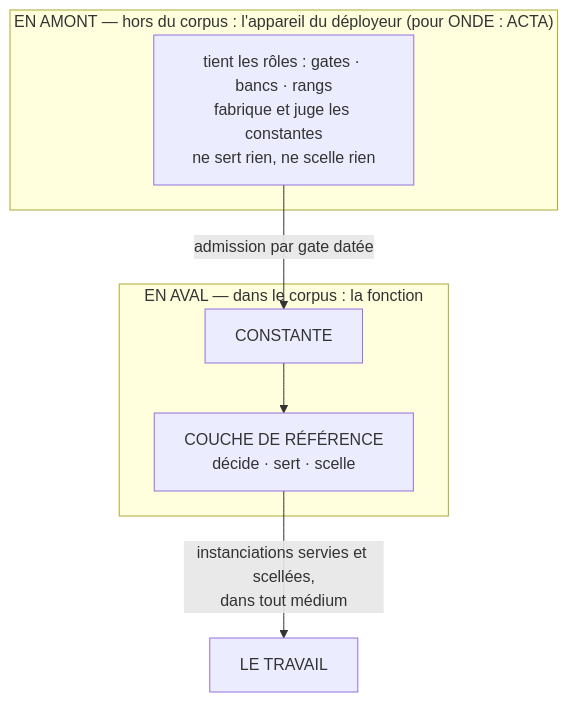
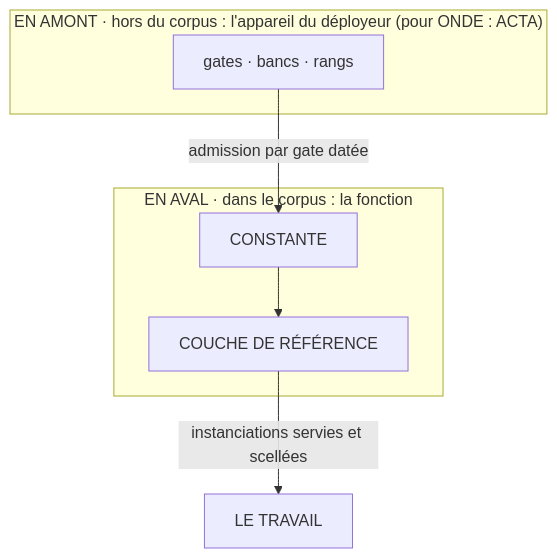
The second of 2 diagrams in WHITEPAPER.md (JP-Noto/WORKING-REFERENCE), drawn with Mermaid before and after one commit. The commit also changed other lines of this file and 3 other files, not shown here.

Commit message:
Schemas : libelles une ligne (le rendu GitHub concatenait les multi-lignes), disposition verticale du schema principal, legendes de lecture ; aucun contenu doctrinal modifie

````diff
--- a/WHITEPAPER.md
+++ b/WHITEPAPER.md
@@ -136,11 +140,11 @@
 ```mermaid
 flowchart TB
-    subgraph AMONT["EN AMONT — hors du corpus : l'appareil du déployeur (pour ONDE : ACTA)"]
-        AP["tient les rôles : gates · bancs · rangs<br/>fabrique et juge les constantes<br/>ne sert rien, ne scelle rien"]
+    subgraph AMONT["EN AMONT · hors du corpus : l'appareil du déployeur (pour ONDE : ACTA)"]
+        AP["gates · bancs · rangs"]
     end
-    subgraph FONCTION["EN AVAL — dans le corpus : la fonction"]
-        C2["CONSTANTE"] --> RL2["COUCHE DE RÉFÉRENCE<br/>décide · sert · scelle"]
+    subgraph FONCTION["EN AVAL · dans le corpus : la fonction"]
+        C2["CONSTANTE"] --> RL2["COUCHE DE RÉFÉRENCE"]
     end
-    AP -- "admission par gate datée" --> C2
-    RL2 -- "instanciations servies et scellées,<br/>dans tout médium" --> T["LE TRAVAIL"]
+    AP -->|"admission par gate datée"| C2
+    RL2 -->|"instanciations servies et scellées"| T["LE TRAVAIL"]
 ```
````
